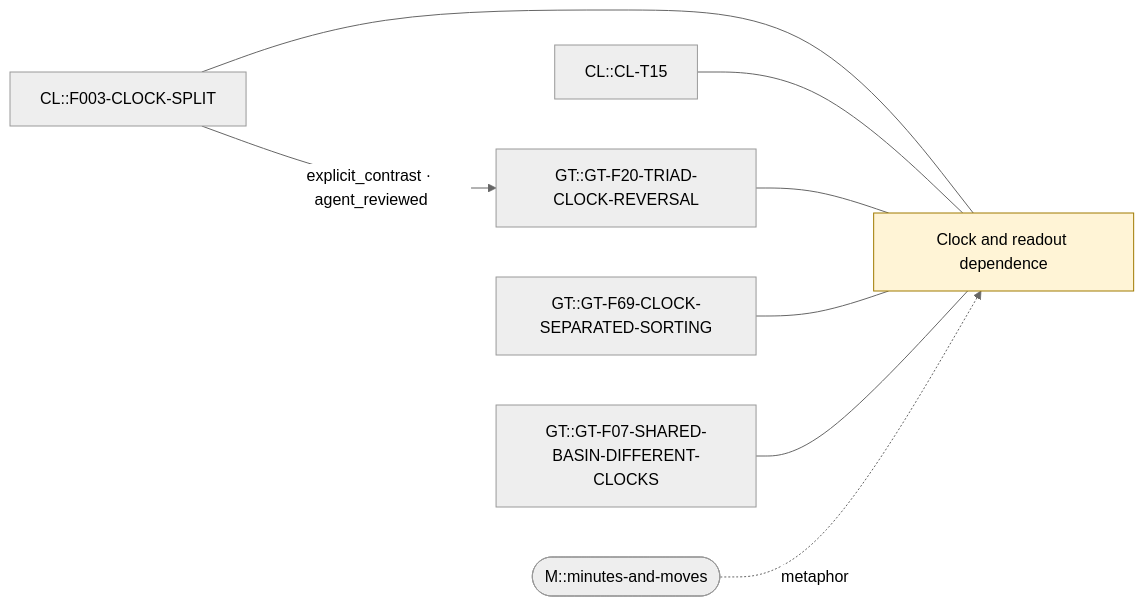
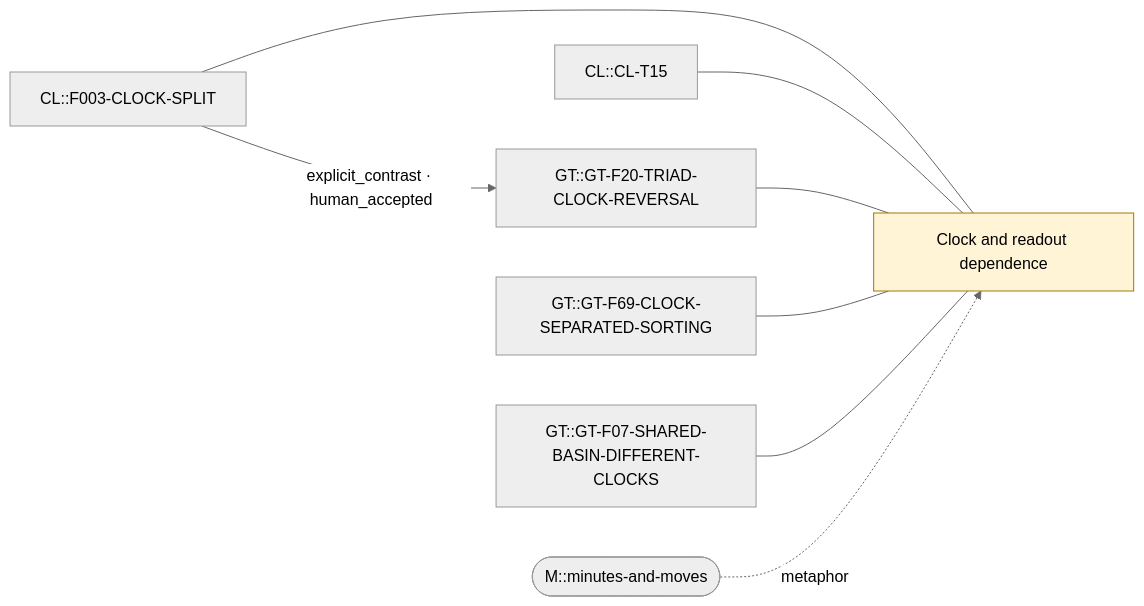
The diagram in research-synthesis/generated/themes/clock-readout-dependence.mmd (gellsmore-svg/Relational-Substrate), drawn with Mermaid (neutral theme) before and after one commit. The commit also changed 39 other files, not shown here.

```diff
--- a/research-synthesis/generated/themes/clock-readout-dependence.mmd
+++ b/research-synthesis/generated/themes/clock-readout-dependence.mmd
@@ -1,10 +1,10 @@
 graph LR
   n_C__clock_readout_dependence["Clock and readout dependence"]:::concept
   n_CL__F003_CLOCK_SPLIT["CL::F003-CLOCK-SPLIT"] --- n_C__clock_readout_dependence
   n_CL__CL_T15["CL::CL-T15"] --- n_C__clock_readout_dependence
   n_GT__GT_F20_TRIAD_CLOCK_REVERSAL["GT::GT-F20-TRIAD-CLOCK-REVERSAL"] --- n_C__clock_readout_dependence
   n_GT__GT_F69_CLOCK_SEPARATED_SORTING["GT::GT-F69-CLOCK-SEPARATED-SORTING"] --- n_C__clock_readout_dependence
   n_GT__GT_F07_SHARED_BASIN_DIFFERENT_CLOCKS["GT::GT-F07-SHARED-BASIN-DIFFERENT-CLOCKS"] --- n_C__clock_readout_dependence
-  n_CL__F003_CLOCK_SPLIT -->|explicit_contrast · agent_reviewed| n_GT__GT_F20_TRIAD_CLOCK_REVERSAL
+  n_CL__F003_CLOCK_SPLIT -->|explicit_contrast · human_accepted| n_GT__GT_F20_TRIAD_CLOCK_REVERSAL
   n_M__minutes_and_moves(["M::minutes-and-moves"]) -.->|metaphor| n_C__clock_readout_dependence
   classDef concept fill:#fff4d6,stroke:#a07a00
```
